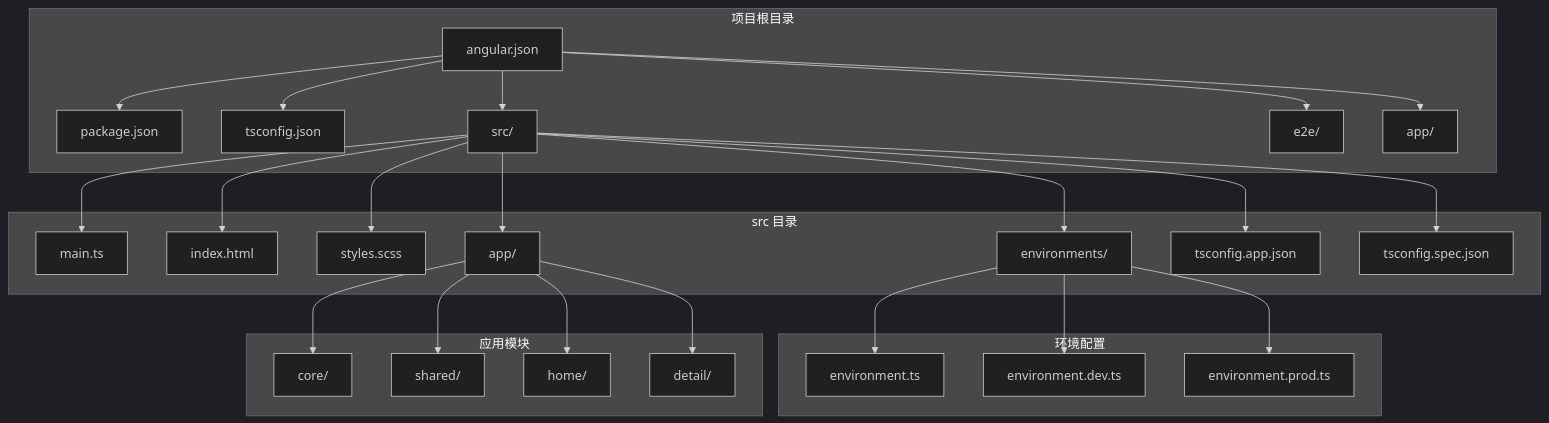
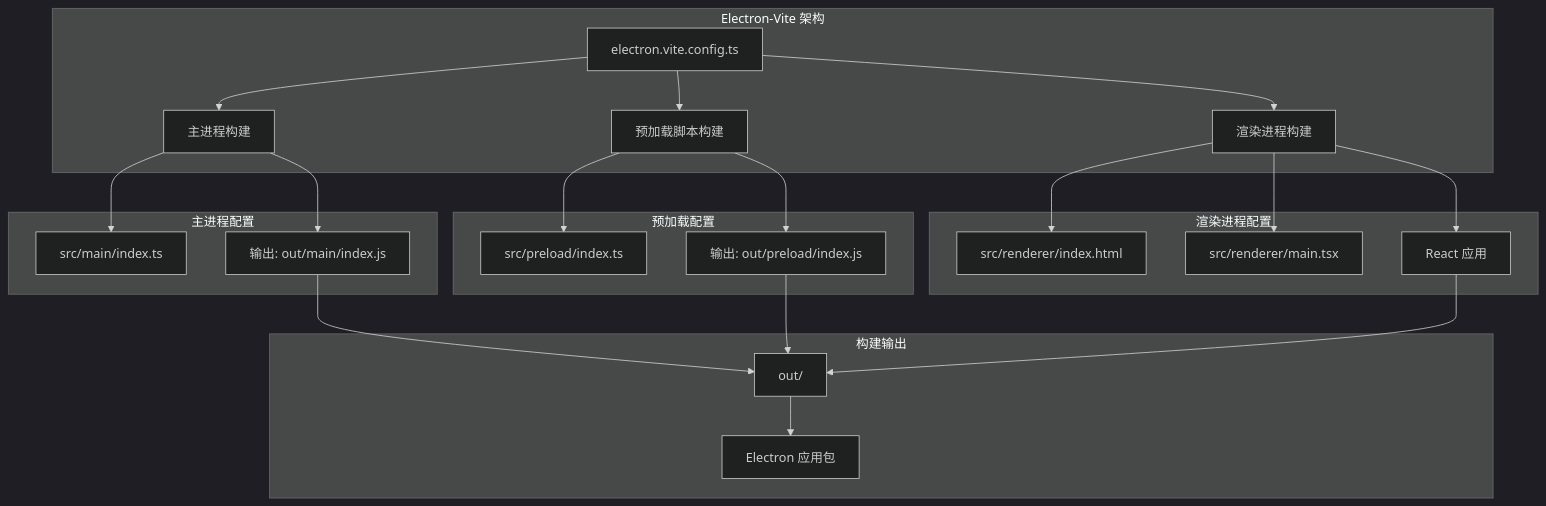
One commit to haolange/RDC-Agent changed the first of 5 diagrams in .qoder/repowiki/zh/content/构建与打包/Angular 构建配置.md. Above: the diagram before and after it, drawn with Mermaid (dark theme). The commit also changed other lines of this file and 3 other files, not shown here.

````diff
--- a/.qoder/repowiki/zh/content/构建与打包/Angular 构建配置.md
+++ b/.qoder/repowiki/zh/content/构建与打包/Angular 构建配置.md
@@ -40,30 +46,27 @@
 ```mermaid
 graph TB
-subgraph "项目根目录"
-A[angular.json] --> B[package.json]
-A --> C[tsconfig.json]
-A --> D[src/]
-A --> E[e2e/]
-A --> F[app/]
+subgraph "Electron-Vite 架构"
+A[electron.vite.config.ts] --> B[主进程构建]
+A --> C[预加载脚本构建]
+A --> D[渲染进程构建]
 end
-subgraph "src 目录"
-D --> G[main.ts]
-D --> H[index.html]
-D --> I[styles.scss]
-D --> J[environments/]
-D --> K[app/]
-D --> L[tsconfig.app.json]
-D --> M[tsconfig.spec.json]
+subgraph "主进程配置"
+B --> E[src/main/index.ts]
+B --> F[输出: out/main/index.js]
 end
-subgraph "环境配置"
-J --> N[environment.ts]
-J --> O[environment.dev.ts]
-J --> P[environment.prod.ts]
+subgraph "预加载配置"
+C --> G[src/preload/index.ts]
+C --> H[输出: out/preload/index.js]
 end
-subgraph "应用模块"
-K --> Q[core/]
-K --> R[shared/]
-K --> S[home/]
-K --> T[detail/]
+subgraph "渲染进程配置"
+D --> I[src/renderer/index.html]
+D --> J[src/renderer/main.tsx]
+D --> K[React 应用]
+end
+subgraph "构建输出"
+F --> L[out/]
+H --> L
+K --> L
+L --> M[Electron 应用包]
 end
 ```
````
